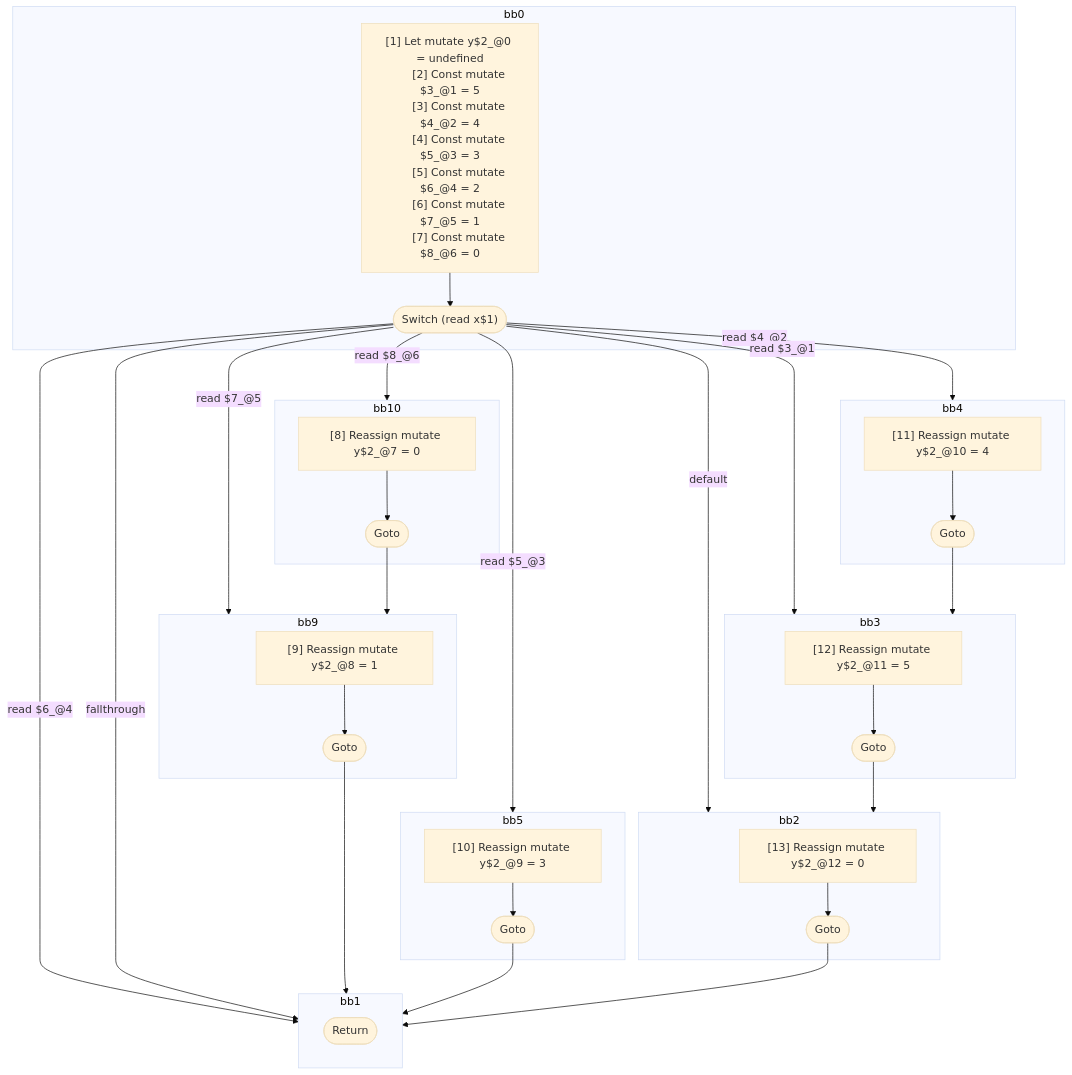
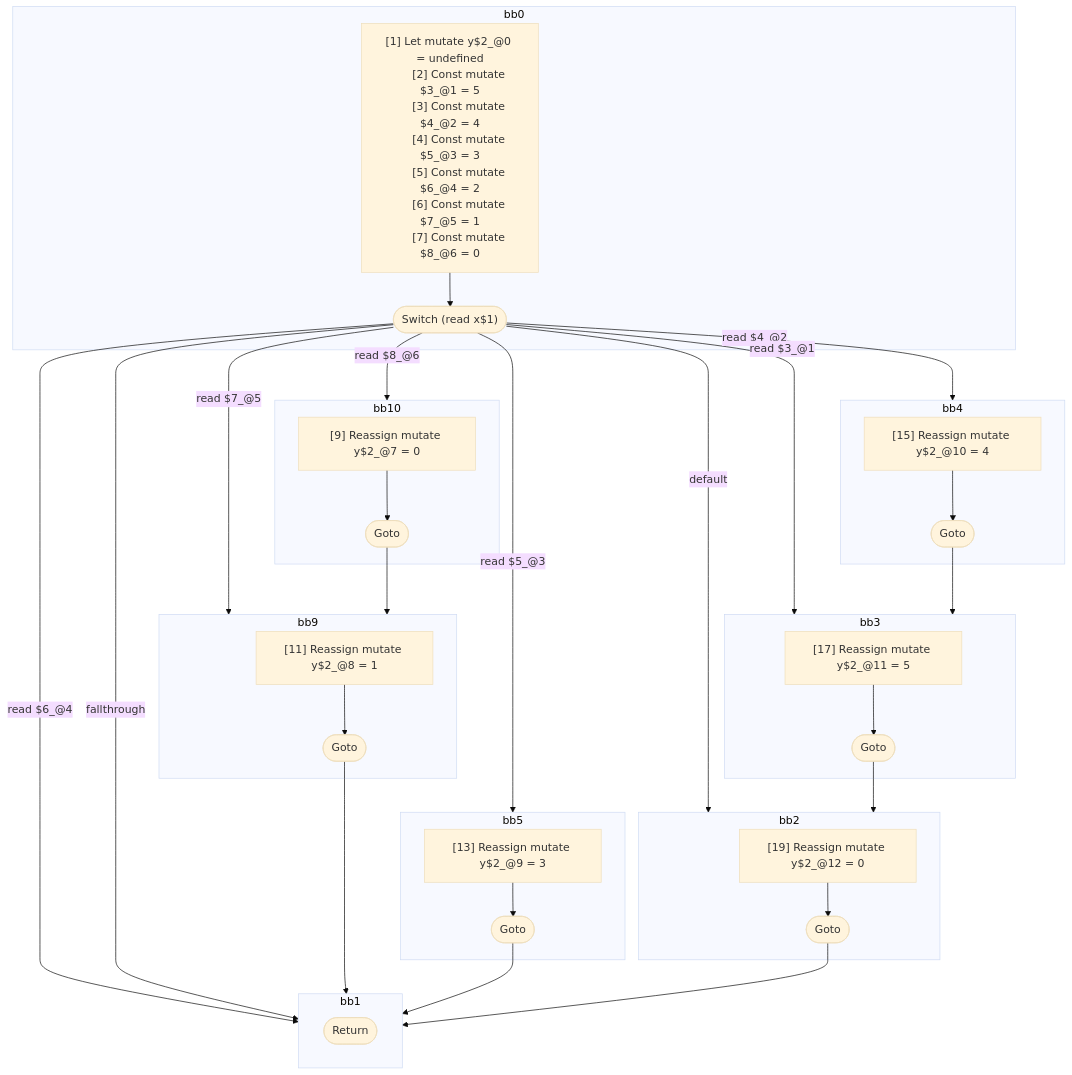
The diagram in compiler/forget/src/__tests__/fixtures/hir/switch-with-fallthrough.expect.md (wutsmog/private), drawn with Mermaid (base theme) before and after one commit. The commit also changed other lines of this file and 61 other files, not shown here.

````diff
--- a/compiler/forget/src/__tests__/fixtures/hir/switch-with-fallthrough.expect.md
+++ b/compiler/forget/src/__tests__/fixtures/hir/switch-with-fallthrough.expect.md
@@ -85,72 +85,72 @@
 ```mermaid
 flowchart TB
   %% Basic Blocks
   subgraph bb0
     bb0_instrs["
       [1] Let mutate y$2_@0 = undefined
       [2] Const mutate $3_@1 = 5
       [3] Const mutate $4_@2 = 4
       [4] Const mutate $5_@3 = 3
       [5] Const mutate $6_@4 = 2
       [6] Const mutate $7_@5 = 1
       [7] Const mutate $8_@6 = 0
     "]
     bb0_instrs --> bb0_terminal(["Switch (read x$1)"])
   end
   subgraph bb10
     bb10_instrs["
-      [8] Reassign mutate y$2_@7 = 0
+      [9] Reassign mutate y$2_@7 = 0
     "]
     bb10_instrs --> bb10_terminal(["Goto"])
   end
   subgraph bb9
     bb9_instrs["
-      [9] Reassign mutate y$2_@8 = 1
+      [11] Reassign mutate y$2_@8 = 1
     "]
     bb9_instrs --> bb9_terminal(["Goto"])
   end
   subgraph bb5
     bb5_instrs["
-      [10] Reassign mutate y$2_@9 = 3
+      [13] Reassign mutate y$2_@9 = 3
     "]
     bb5_instrs --> bb5_terminal(["Goto"])
   end
   subgraph bb4
     bb4_instrs["
-      [11] Reassign mutate y$2_@10 = 4
+      [15] Reassign mutate y$2_@10 = 4
     "]
     bb4_instrs --> bb4_terminal(["Goto"])
   end
   subgraph bb3
     bb3_instrs["
-      [12] Reassign mutate y$2_@11 = 5
+      [17] Reassign mutate y$2_@11 = 5
     "]
     bb3_instrs --> bb3_terminal(["Goto"])
   end
   subgraph bb2
     bb2_instrs["
-      [13] Reassign mutate y$2_@12 = 0
+      [19] Reassign mutate y$2_@12 = 0
     "]
     bb2_instrs --> bb2_terminal(["Goto"])
   end
   subgraph bb1
     bb1_terminal(["Return"])
   end
 
   %% Jumps
   bb0_terminal -- "read $8_@6" --> bb10
   bb0_terminal -- "read $7_@5" --> bb9
   bb0_terminal -- "read $6_@4" --> bb1
   bb0_terminal -- "read $5_@3" --> bb5
   bb0_terminal -- "read $4_@2" --> bb4
   bb0_terminal -- "read $3_@1" --> bb3
   bb0_terminal -- "default" --> bb2
   bb0_terminal -- "fallthrough" --> bb1
   bb10_terminal --> bb9
   bb9_terminal --> bb1
   bb5_terminal --> bb1
   bb4_terminal --> bb3
   bb3_terminal --> bb2
   bb2_terminal --> bb1
 
 ```
````
